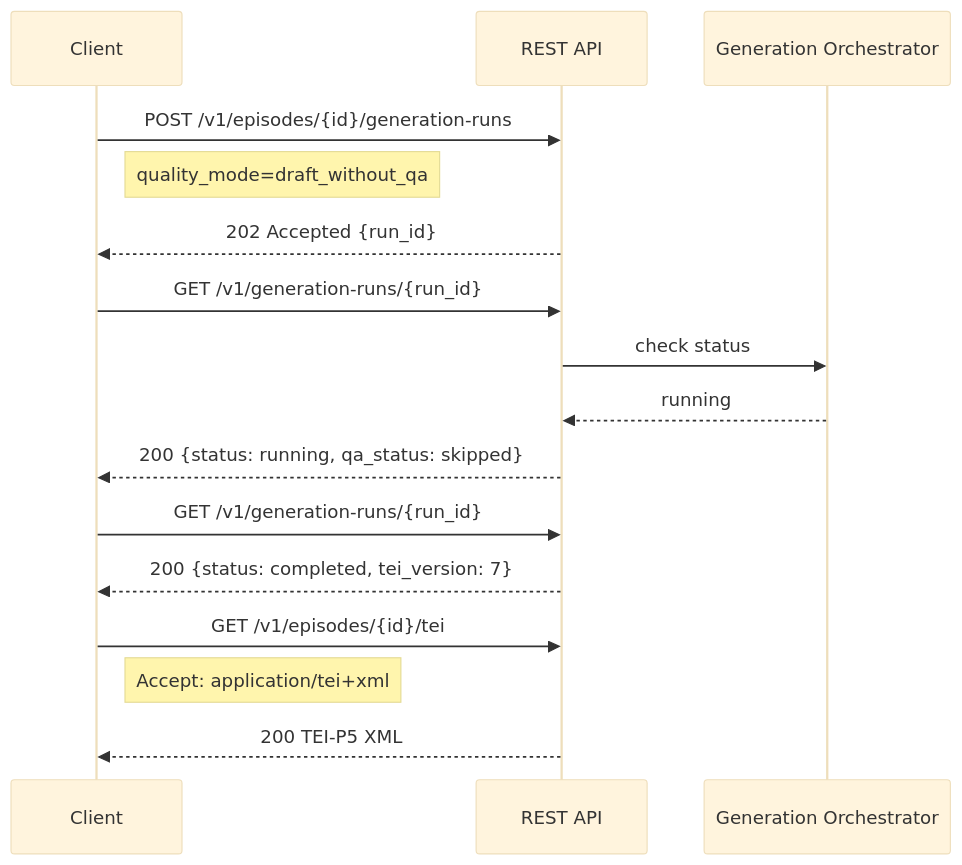
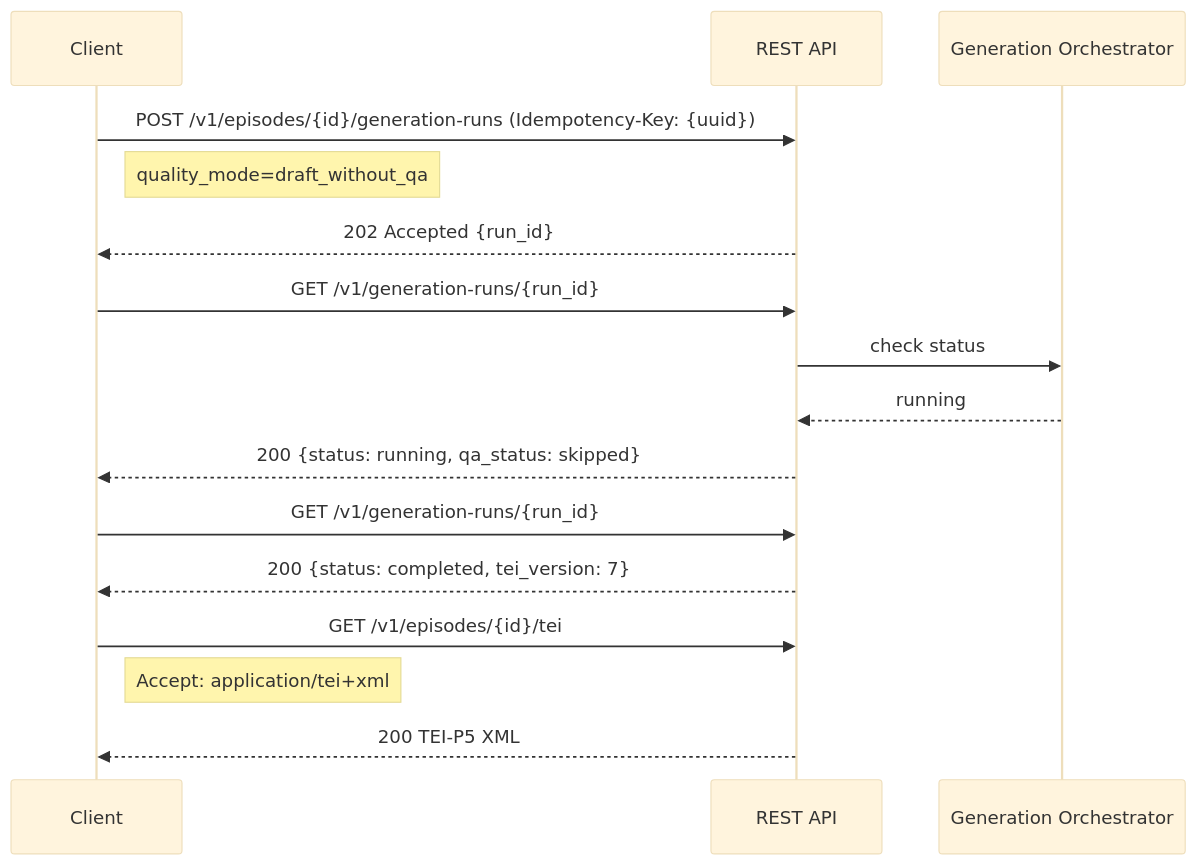
Before and after one commit to leynos/episodic: the fourth of 8 diagrams in docs/episodic-tui-api-design.md, drawn with Mermaid (base theme). The commit also changed other lines of this file and 2 other files, not shown here.

````diff
--- a/docs/episodic-tui-api-design.md
+++ b/docs/episodic-tui-api-design.md
@@ -753,19 +753,19 @@
 ```mermaid
 sequenceDiagram
     participant Client
     participant REST as REST API
     participant Generator as Generation Orchestrator
 
-    Client->>REST: POST /v1/episodes/{id}/generation-runs
+    Client->>REST: POST /v1/episodes/{id}/generation-runs (Idempotency-Key: {uuid})
     Note right of Client: quality_mode=draft_without_qa
     REST-->>Client: 202 Accepted {run_id}
     Client->>REST: GET /v1/generation-runs/{run_id}
     REST->>Generator: check status
     Generator-->>REST: running
     REST-->>Client: 200 {status: running, qa_status: skipped}
     Client->>REST: GET /v1/generation-runs/{run_id}
     REST-->>Client: 200 {status: completed, tei_version: 7}
     Client->>REST: GET /v1/episodes/{id}/tei
     Note right of Client: Accept: application/tei+xml
     REST-->>Client: 200 TEI-P5 XML
 ```
````
